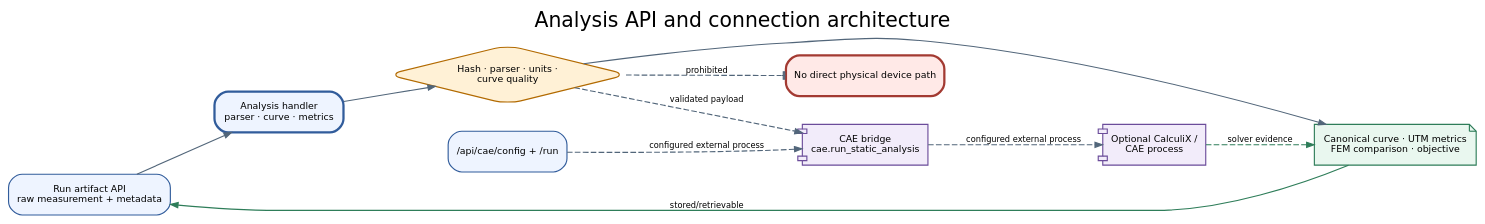
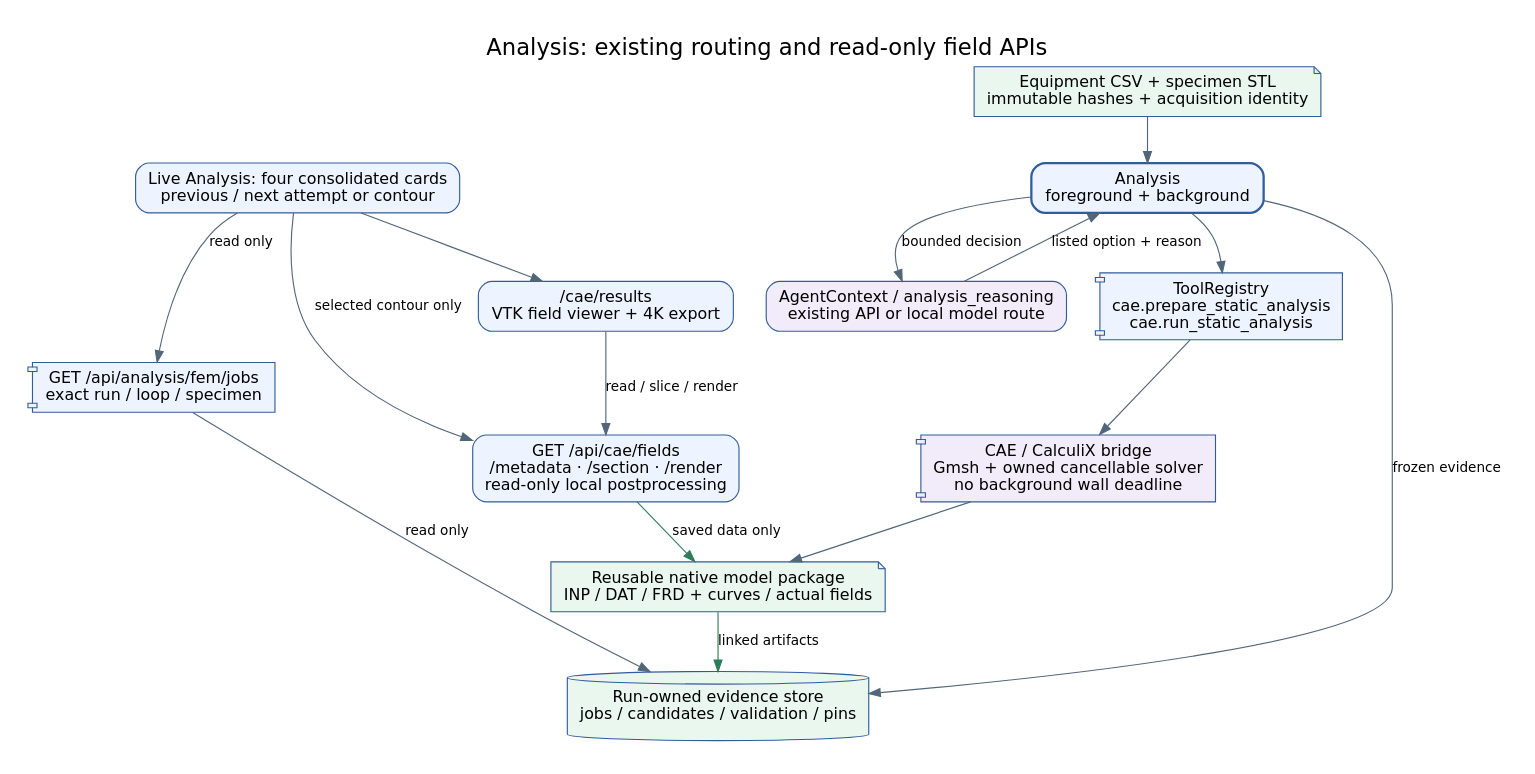
Before and after one commit to JIN9811/autonomous_researcher: the diagram in docs/agents/assets/figures/analysis_03_api_connection_architecture.dot, drawn with Graphviz. The commit also changed 94 other files, not shown here.

First line of the commit message:
feat(analysis): add agentic background FEM and reusable model evidence

```diff
--- a/docs/agents/assets/figures/analysis_03_api_connection_architecture.dot
+++ b/docs/agents/assets/figures/analysis_03_api_connection_architecture.dot
@@ -1,19 +1,27 @@
 digraph analysis_api_connection_architecture {
-  graph [rankdir=LR, bgcolor="transparent", pad="0.25", nodesep="0.30", ranksep="0.52", fontname="DejaVu Sans", label="Analysis API and connection architecture", labelloc="t", fontsize=18];
-  node [shape=box, style="rounded,filled", fillcolor="#EEF4FF", color="#315C9B", fontname="DejaVu Sans", fontsize=8.3, margin="0.09,0.06"];
-  edge [color="#52667A", fontname="DejaVu Sans", fontsize=7.3, arrowsize=0.65];
-  artifacts [label="Run artifact API\nraw measurement + metadata"];
-  agent [label="Analysis handler\nparser · curve · metrics", penwidth=2];
-  gate [label="Hash · parser · units ·\ncurve quality", shape=diamond, fillcolor="#FFF1D6", color="#B26A00"];
-  caeapi [label="/api/cae/config + /run"];
-  bridge [label="CAE bridge\ncae.run_static_analysis", shape=component, fillcolor="#F2ECFA", color="#6B4C9A"];
-  solver [label="Optional CalculiX /\nCAE process", shape=component, fillcolor="#F2ECFA", color="#6B4C9A"];
-  derived [label="Canonical curve · UTM metrics\nFEM comparison · objective", shape=note, fillcolor="#E9F7EF", color="#2E7D59"];
-  no_device [label="No direct physical device path", fillcolor="#FFE9E7", color="#A33A32", penwidth=2];
-  artifacts -> agent -> gate -> derived;
-  caeapi -> bridge -> solver [style=dashed, label="configured external process"];
-  gate -> bridge [style=dashed, label="validated payload"];
-  solver -> derived [style=dashed, label="solver evidence", color="#2E7D59"];
-  derived -> artifacts [label="stored/retrievable", color="#2E7D59"];
-  gate -> no_device [style=dashed, arrowhead=tee, label="prohibited"];
+  graph [rankdir=TB, bgcolor="white", pad="0.3", nodesep="0.4", ranksep="0.55", fontname="DejaVu Sans", label="Analysis: existing routing and read-only field APIs", labelloc=t, fontsize=20];
+  node [shape=box, style="rounded,filled", fillcolor="#EEF4FF", color="#315C9B", fontname="DejaVu Sans", fontsize=14, margin="0.17,0.1"];
+  edge [color="#52667A", fontname="DejaVu Sans", fontsize=12];
+  agent [label="Analysis\nforeground + background",penwidth=2];
+  llm [label="AgentContext / analysis_reasoning\nexisting API or local model route",fillcolor="#F2ECFA"];
+  tools [label="ToolRegistry\ncae.prepare_static_analysis\ncae.run_static_analysis",shape=component];
+  bridge [label="CAE / CalculiX bridge\nGmsh + owned cancellable solver\nno background wall deadline",shape=component,fillcolor="#F2ECFA"];
+  raw [label="Equipment CSV + specimen STL\nimmutable hashes + acquisition identity",shape=note,fillcolor="#E9F7EF"];
+  result [label="Reusable native model package\nINP / DAT / FRD + curves / actual fields",shape=note,fillcolor="#E9F7EF"];
+  store [label="Run-owned evidence store\njobs / candidates / validation / pins",shape=cylinder,fillcolor="#E9F7EF"];
+  gui [label="Live Analysis: four consolidated cards\nprevious / next attempt or contour"];
+  jobs [label="GET /api/analysis/fem/jobs\nexact run / loop / specimen",shape=component];
+  api [label="GET /api/cae/fields\n/metadata · /section · /render\nread-only local postprocessing"];
+  viewer [label="/cae/results\nVTK field viewer + 4K export"];
+  raw -> agent;
+  agent -> llm [label="bounded decision"];
+  llm -> agent [label="listed option + reason"];
+  agent -> tools -> bridge -> result;
+  agent -> store [label="frozen evidence"];
+  result -> store [label="linked artifacts",color="#2E7D59"];
+  gui -> viewer;
+  gui -> jobs -> store [label="read only"];
+  gui -> api [label="selected contour only"];
+  viewer -> api [label="read / slice / render"];
+  api -> result [label="saved data only",color="#2E7D59"];
 }
```
